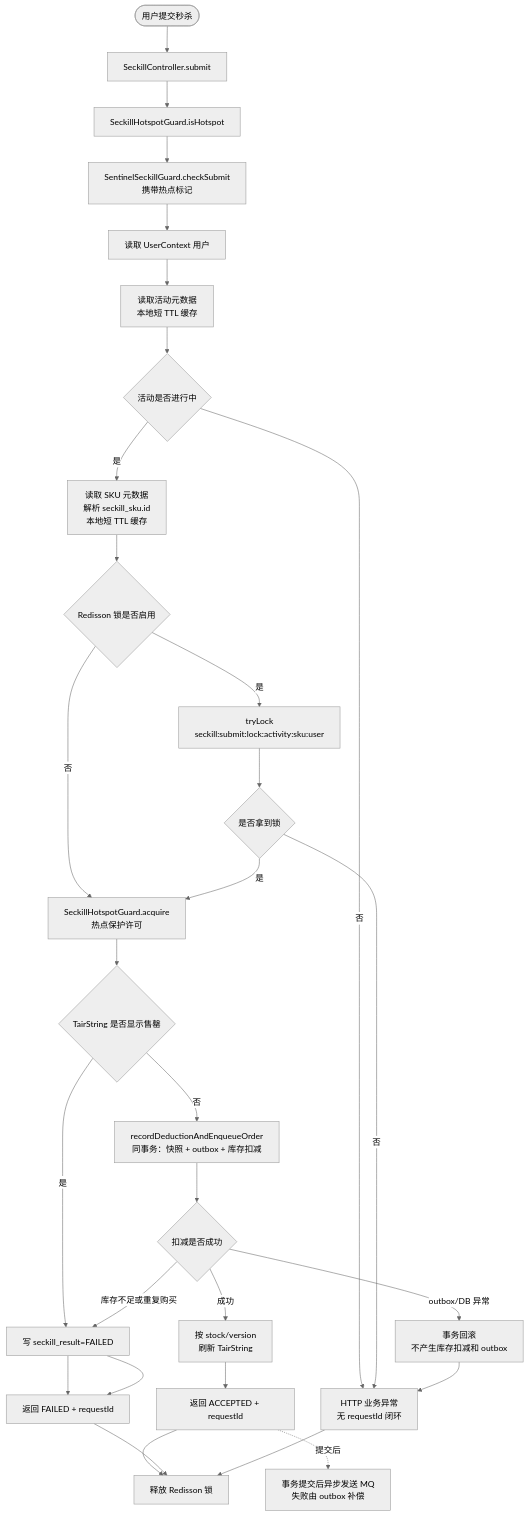
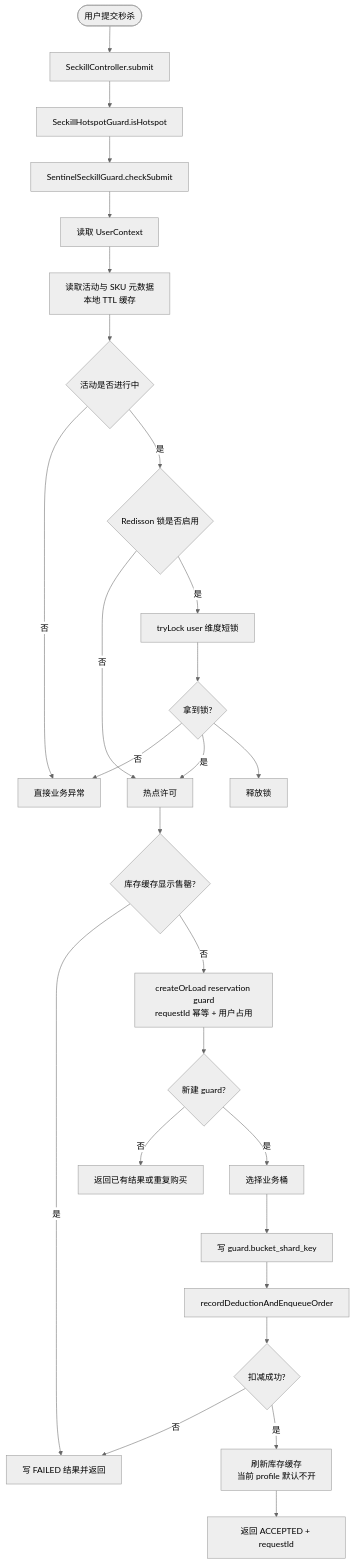
One commit to fenglingyidong/mall changed the second of 4 diagrams in docs/seckill-current-architecture-flow.md. Above: the diagram before and after it, drawn with Mermaid (neutral theme). The commit also changed other lines of this file and 109 other files, not shown here.

````diff
--- a/docs/seckill-current-architecture-flow.md
+++ b/docs/seckill-current-architecture-flow.md
@@ -92,45 +144,43 @@
 ```mermaid
 flowchart TD
     Start([用户提交秒杀])
     Api[SeckillController.submit]
-    HotspotCheck[SeckillHotspotGuard.isHotspot]
-    Limit[SentinelSeckillGuard.checkSubmit<br/>携带热点标记]
-    User[读取 UserContext 用户]
-    Activity[读取活动元数据<br/>本地短 TTL 缓存]
+    Hotspot[SeckillHotspotGuard.isHotspot]
+    Sentinel[SentinelSeckillGuard.checkSubmit]
+    User[读取 UserContext]
+    Meta[读取活动与 SKU 元数据<br/>本地 TTL 缓存]
     Active{活动是否进行中}
-    Sku[读取 SKU 元数据<br/>解析 seckill_sku.id<br/>本地短 TTL 缓存]
     LockEnabled{Redisson 锁是否启用}
-    Lock[tryLock<br/>seckill:submit:lock:activity:sku:user]
-    LockOk{是否拿到锁}
-    HotspotPermit[SeckillHotspotGuard.acquire<br/>热点保护许可]
-    CacheSoldOut{TairString 是否显示售罄}
-    Deduct[recordDeductionAndEnqueueOrder<br/>同事务：快照 + outbox + 库存扣减]
-    DeductOk{扣减是否成功}
-    Refresh[按 stock/version<br/>刷新 TairString]
-    AfterCommit[事务提交后异步发送 MQ<br/>失败由 outbox 补偿]
-    SaveFail[写 seckill_result=FAILED]
+    Lock[tryLock user 维度短锁]
+    LockOk{拿到锁?}
+    Permit[热点许可]
+    SoldOut{库存缓存显示售罄?}
+    GuardReserve[createOrLoad reservation guard<br/>requestId 幂等 + 用户占用]
+    GuardNew{新建 guard?}
+    Existing[返回已有结果或重复购买]
+    SelectBucket[选择业务桶]
+    AttachBucket[写 guard.bucket_shard_key]
+    Tx[recordDeductionAndEnqueueOrder]
+    Success{扣减成功?}
+    Refresh[刷新库存缓存<br/>当前 profile 默认不开]
     Accepted[返回 ACCEPTED + requestId]
-    Failed[返回 FAILED + requestId]
-    Rollback[事务回滚<br/>不产生库存扣减和 outbox]
-    Rejected[HTTP 业务异常<br/>无 requestId 闭环]
-    Unlock[释放 Redisson 锁]
+    Failed[写 FAILED 结果并返回]
+    Reject[直接业务异常]
+    Unlock[释放锁]
 
-    Start --> Api --> HotspotCheck --> Limit --> User --> Activity --> Active
-    Active -- 否 --> Rejected
-    Active -- 是 --> Sku --> LockEnabled
-    LockEnabled -- 否 --> HotspotPermit
+    Start --> Api --> Hotspot --> Sentinel --> User --> Meta --> Active
+    Active -- 否 --> Reject
+    Active -- 是 --> LockEnabled
+    LockEnabled -- 否 --> Permit
     LockEnabled -- 是 --> Lock --> LockOk
-    LockOk -- 否 --> Rejected
-    LockOk -- 是 --> HotspotPermit
-    HotspotPermit --> CacheSoldOut
-    CacheSoldOut -- 是 --> SaveFail --> Failed
-    CacheSoldOut -- 否 --> Deduct --> DeductOk
-    DeductOk -- 库存不足或重复购买 --> SaveFail --> Failed
-    DeductOk -- 成功 --> Refresh --> Accepted
-    DeductOk -- outbox/DB 异常 --> Rollback
-    Accepted -. 提交后 .-> AfterCommit
-    Rollback --> Rejected
-    Accepted --> Unlock
-    Failed --> Unlock
-    Rejected --> Unlock
+    LockOk -- 否 --> Reject
+    LockOk -- 是 --> Permit
+    Permit --> SoldOut
+    SoldOut -- 是 --> Failed
+    SoldOut -- 否 --> GuardReserve --> GuardNew
+    GuardNew -- 否 --> Existing
+    GuardNew -- 是 --> SelectBucket --> AttachBucket --> Tx --> Success
+    Success -- 否 --> Failed
+    Success -- 是 --> Refresh --> Accepted
+    LockOk --> Unlock
 ```
````
